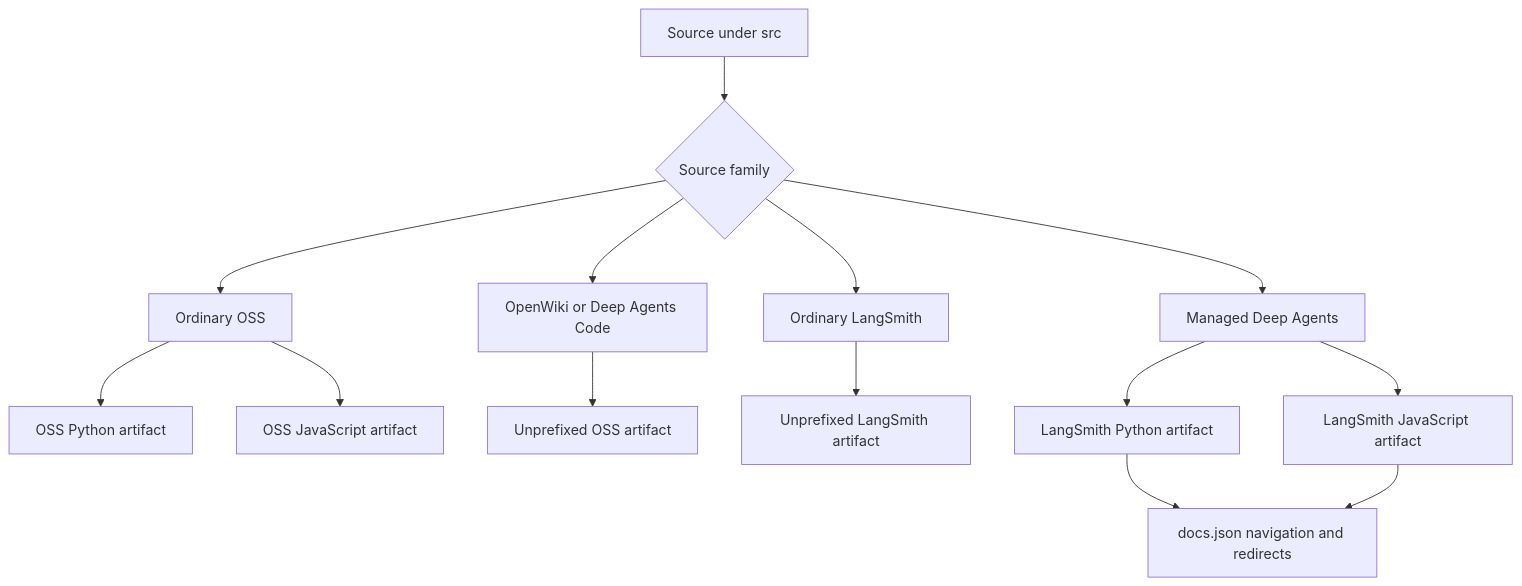
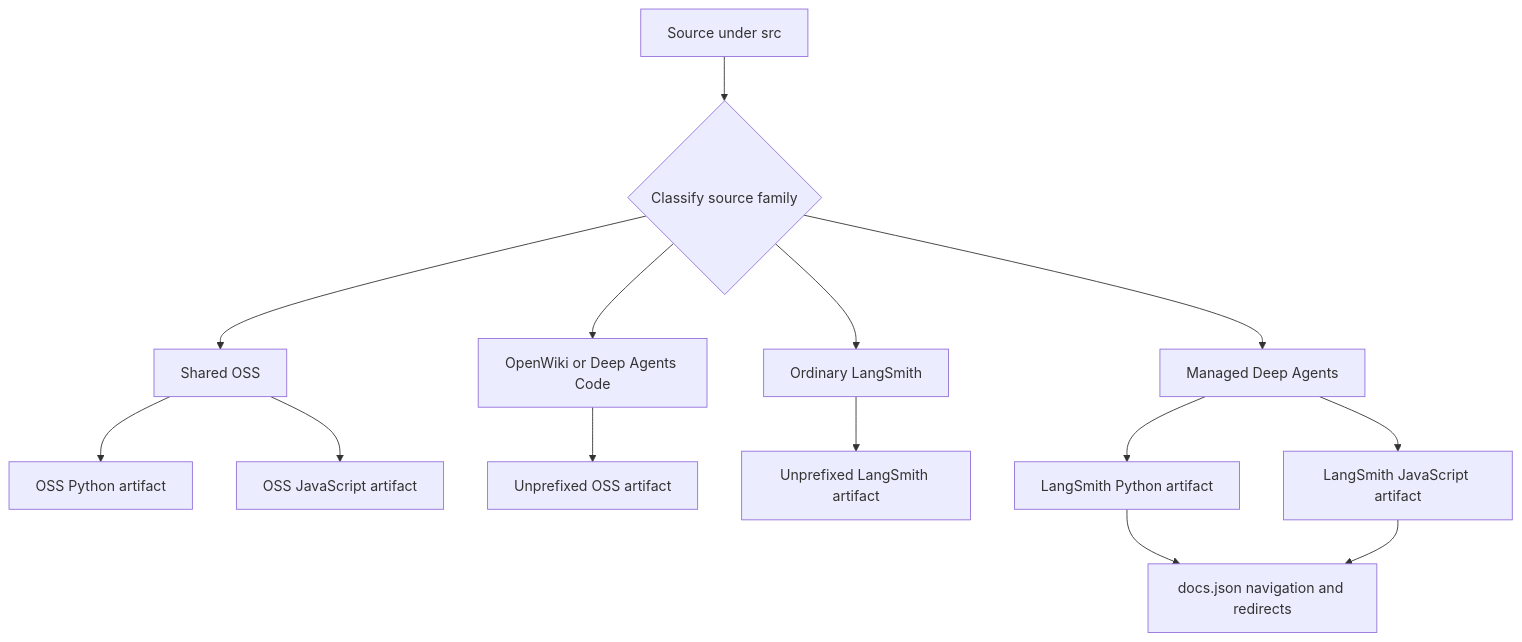
Before and after one commit to rishi-raj-jain/docs-1: the first of 2 diagrams in openwiki/concepts/versioning.md, drawn with Mermaid. The commit also changed other lines of this file and 30 other files, not shown here.

````diff
--- a/openwiki/concepts/versioning.md
+++ b/openwiki/concepts/versioning.md
@@ -48,16 +38,16 @@
 ```mermaid
 flowchart TD
-    Source["Source under src"] --> Family{"Source family"}
-    Family --> Oss["Ordinary OSS"]
-    Oss --> OssPy["OSS Python artifact"]
-    Oss --> OssJs["OSS JavaScript artifact"]
+    Source["Source under src"] --> Family{"Classify source family"}
+    Family --> Shared["Shared OSS"]
+    Shared --> Py["OSS Python artifact"]
+    Shared --> Js["OSS JavaScript artifact"]
     Family --> Product["OpenWiki or Deep Agents Code"]
     Product --> PlainProduct["Unprefixed OSS artifact"]
     Family --> Smith["Ordinary LangSmith"]
     Smith --> PlainSmith["Unprefixed LangSmith artifact"]
     Family --> Managed["Managed Deep Agents"]
     Managed --> ManagedPy["LangSmith Python artifact"]
     Managed --> ManagedJs["LangSmith JavaScript artifact"]
     ManagedPy --> Config["docs.json navigation and redirects"]
     ManagedJs --> Config
 ```
````
